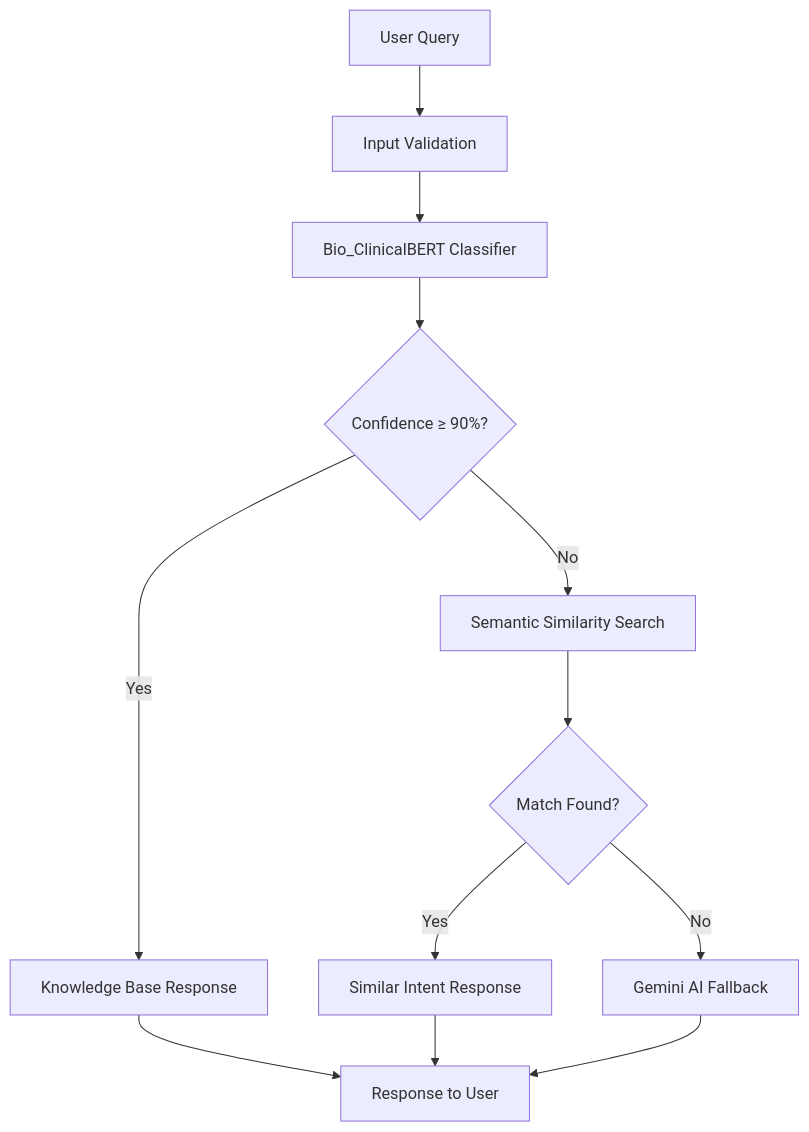
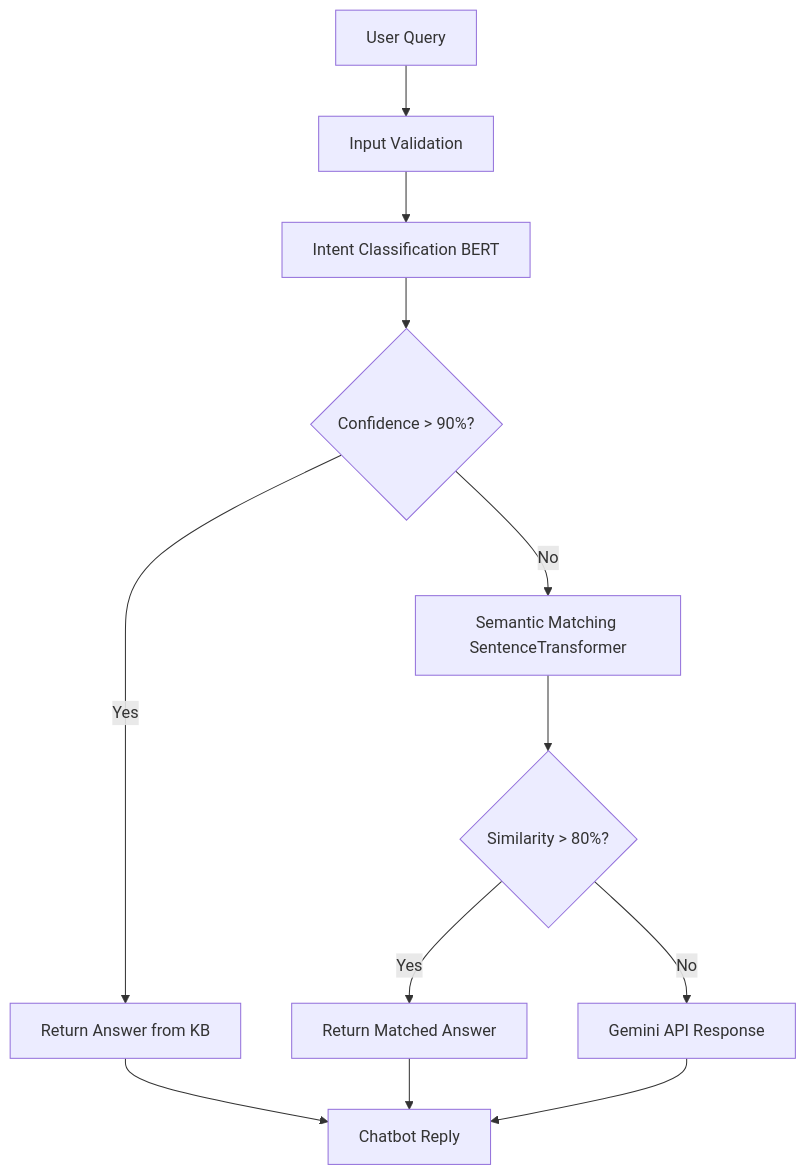
One commit to P-Saroha/Medical_cancer_chatbot changed the diagram in README.md. Above: the diagram before and after it, drawn with Mermaid. The commit also changed other lines of this file, not shown here.

````diff
--- a/README.md
+++ b/README.md
@@ -43,14 +82,14 @@
 ```mermaid
 graph TD
     A[User Query] --> B[Input Validation]
-    B --> C[Bio_ClinicalBERT Classifier]
-    C --> D{Confidence ≥ 90%?}
-    D -->|Yes| E[Knowledge Base Response]
-    D -->|No| F[Semantic Similarity Search]
-    F --> G{Match Found?}
-    G -->|Yes| H[Similar Intent Response]
-    G -->|No| I[Gemini AI Fallback]
-    E --> J[Response to User]
+    B --> C[Intent Classification BERT]
+    C --> D{Confidence > 90%?}
+    D -->|Yes| E[Return Answer from KB]
+    D -->|No| F[Semantic Matching SentenceTransformer]
+    F --> G{Similarity > 80%?}
+    G -->|Yes| H[Return Matched Answer]
+    G -->|No| I[Gemini API Response]
+    E --> J[Chatbot Reply]
     H --> J
     I --> J
 ```
````
